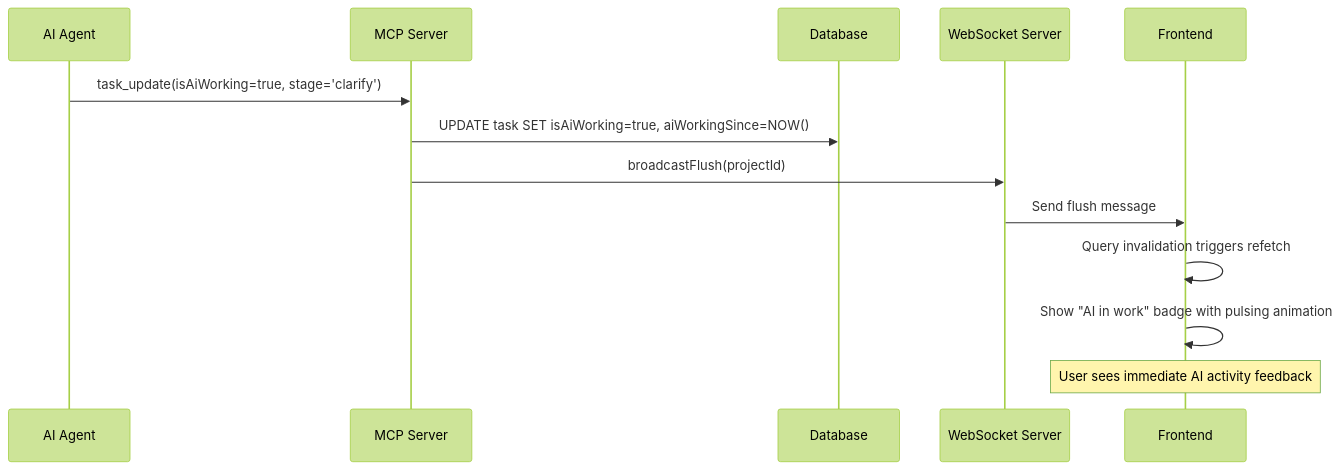
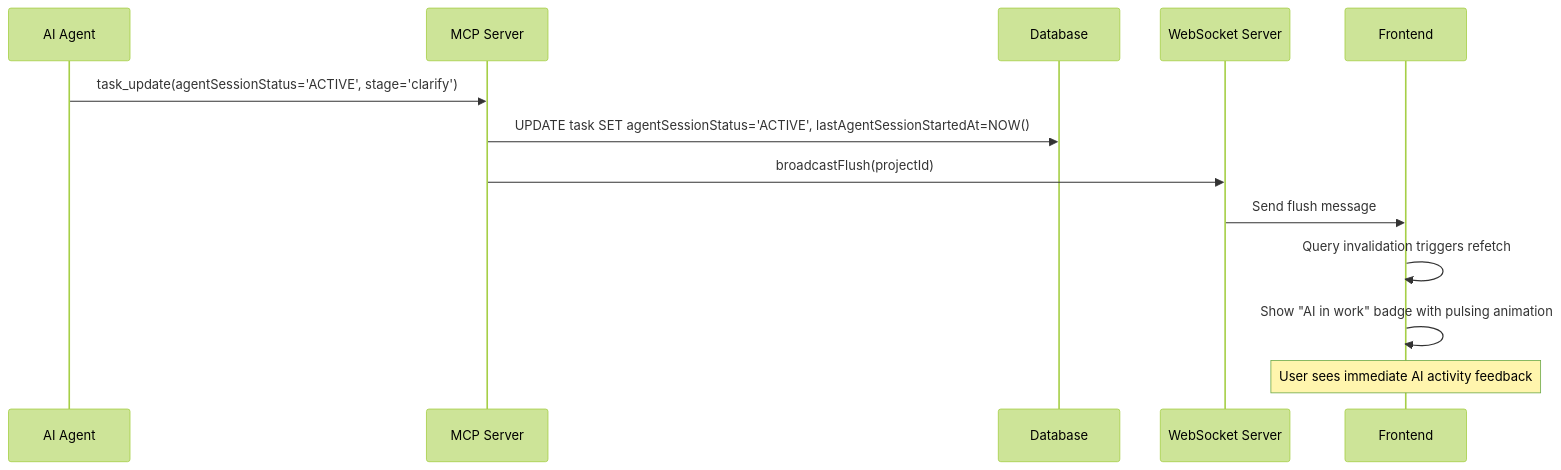
The fourth of 5 diagrams in docs/feature-flows/realtime-features.md (ivawzh/v0-bun-hono-tanstack-router), drawn with Mermaid (forest theme) before and after one commit. The commit also changed other lines of this file and 14 other files, not shown here.

````diff
--- a/docs/feature-flows/realtime-features.md
+++ b/docs/feature-flows/realtime-features.md
@@ -99,17 +99,17 @@
 ```mermaid
 sequenceDiagram
     participant AI as AI Agent
     participant MCP as MCP Server
     participant DB as Database
     participant WS as WebSocket Server
     participant UI as Frontend
 
-    AI->>MCP: task_update(isAiWorking=true, stage='clarify')
-    MCP->>DB: UPDATE task SET isAiWorking=true, aiWorkingSince=NOW()
+    AI->>MCP: task_update(agentSessionStatus='ACTIVE', stage='clarify')
+    MCP->>DB: UPDATE task SET agentSessionStatus='ACTIVE', lastAgentSessionStartedAt=NOW()
     MCP->>WS: broadcastFlush(projectId)
     WS->>UI: Send flush message
     UI->>UI: Query invalidation triggers refetch
     UI->>UI: Show "AI in work" badge with pulsing animation
 
     Note over UI: User sees immediate AI activity feedback
 ```
````
